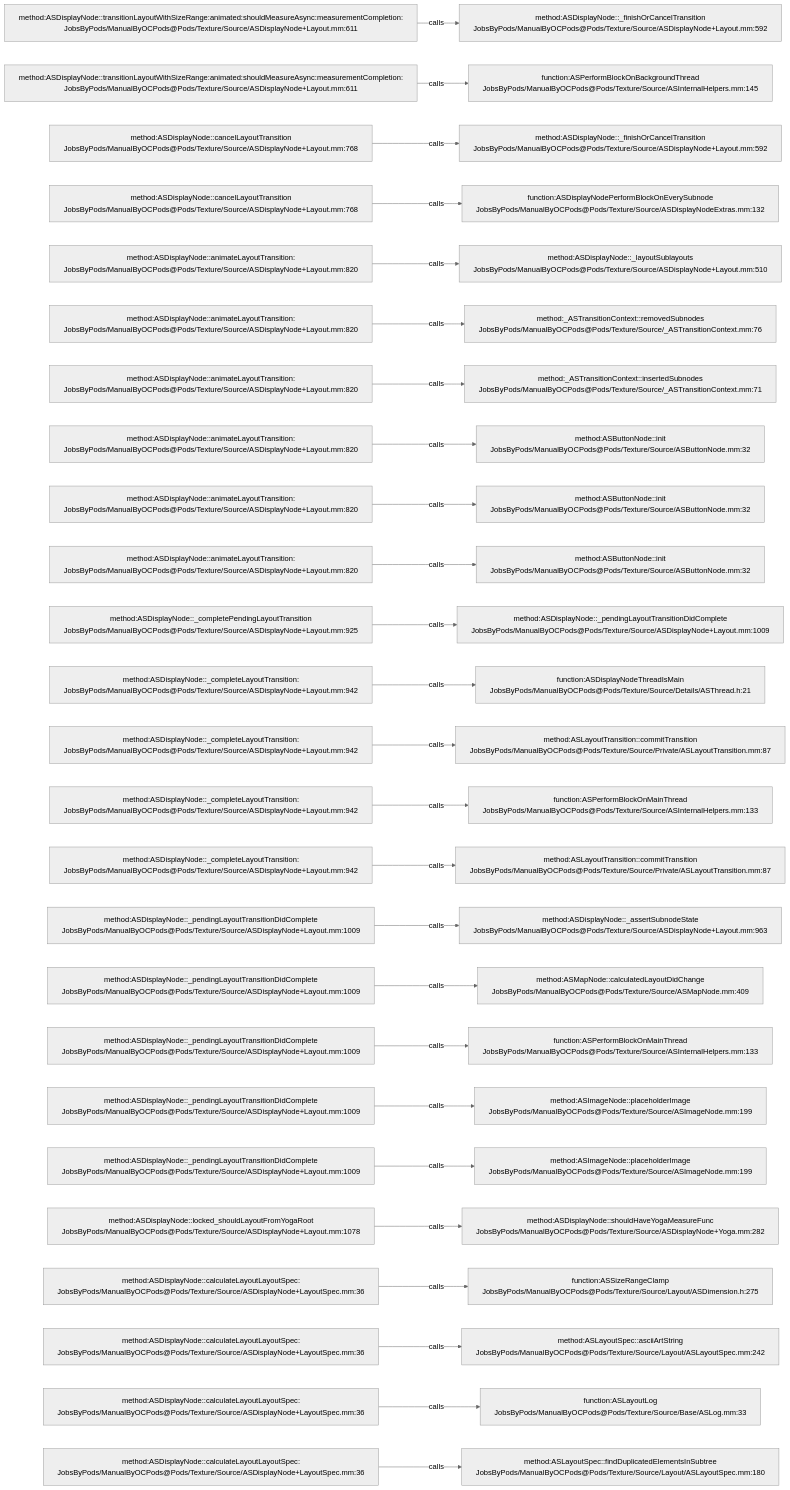
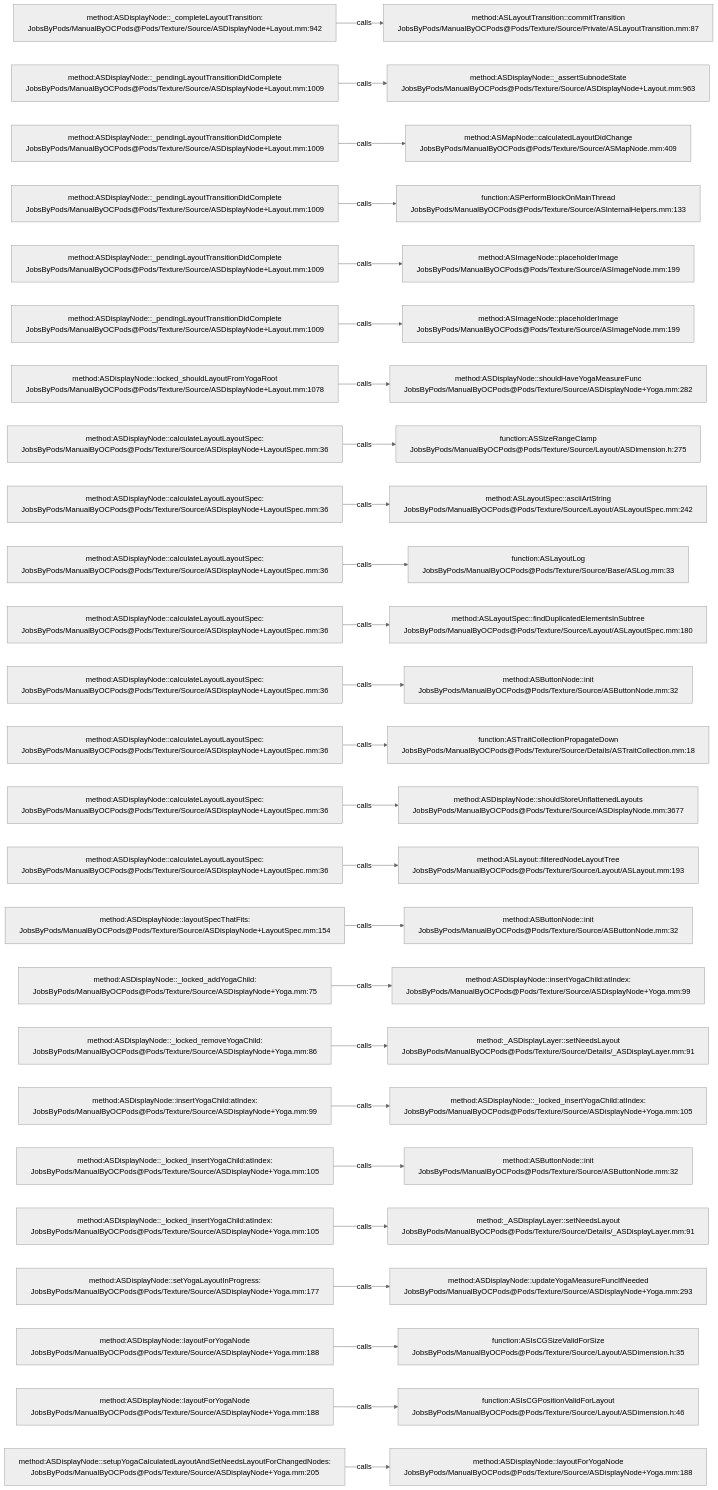
Before and after one commit to JobsKits/JobsOCBaseConfigDemo: the diagram in .codegraph/codegraph.md/graphs/calls-095.md, drawn with Mermaid (neutral theme). The commit also changed 296 other files, not shown here.

````diff
--- a/.codegraph/codegraph.md/graphs/calls-095.md
+++ b/.codegraph/codegraph.md/graphs/calls-095.md
@@ -13,78 +13,78 @@
 ```mermaid
 flowchart LR
-  S1["method:ASDisplayNode::transitionLayoutWithSizeRange:animated:shouldMeasureAsync:measurementCompletion:<br/>JobsByPods/ManualByOCPods@Pods/Texture/Source/ASDisplayNode+Layout.mm:611"]
-  T1["method:ASDisplayNode::_finishOrCancelTransition<br/>JobsByPods/ManualByOCPods@Pods/Texture/Source/ASDisplayNode+Layout.mm:592"]
+  S1["method:ASDisplayNode::_completeLayoutTransition:<br/>JobsByPods/ManualByOCPods@Pods/Texture/Source/ASDisplayNode+Layout.mm:942"]
+  T1["method:ASLayoutTransition::commitTransition<br/>JobsByPods/ManualByOCPods@Pods/Texture/Source/Private/ASLayoutTransition.mm:87"]
   S1 -->|calls| T1
-  S2["method:ASDisplayNode::transitionLayoutWithSizeRange:animated:shouldMeasureAsync:measurementCompletion:<br/>JobsByPods/ManualByOCPods@Pods/Texture/Source/ASDisplayNode+Layout.mm:611"]
-  T2["function:ASPerformBlockOnBackgroundThread<br/>JobsByPods/ManualByOCPods@Pods/Texture/Source/ASInternalHelpers.mm:145"]
+  S2["method:ASDisplayNode::_pendingLayoutTransitionDidComplete<br/>JobsByPods/ManualByOCPods@Pods/Texture/Source/ASDisplayNode+Layout.mm:1009"]
+  T2["method:ASDisplayNode::_assertSubnodeState<br/>JobsByPods/ManualByOCPods@Pods/Texture/Source/ASDisplayNode+Layout.mm:963"]
   S2 -->|calls| T2
-  S3["method:ASDisplayNode::cancelLayoutTransition<br/>JobsByPods/ManualByOCPods@Pods/Texture/Source/ASDisplayNode+Layout.mm:768"]
-  T3["method:ASDisplayNode::_finishOrCancelTransition<br/>JobsByPods/ManualByOCPods@Pods/Texture/Source/ASDisplayNode+Layout.mm:592"]
+  S3["method:ASDisplayNode::_pendingLayoutTransitionDidComplete<br/>JobsByPods/ManualByOCPods@Pods/Texture/Source/ASDisplayNode+Layout.mm:1009"]
+  T3["method:ASMapNode::calculatedLayoutDidChange<br/>JobsByPods/ManualByOCPods@Pods/Texture/Source/ASMapNode.mm:409"]
   S3 -->|calls| T3
-  S4["method:ASDisplayNode::cancelLayoutTransition<br/>JobsByPods/ManualByOCPods@Pods/Texture/Source/ASDisplayNode+Layout.mm:768"]
-  T4["function:ASDisplayNodePerformBlockOnEverySubnode<br/>JobsByPods/ManualByOCPods@Pods/Texture/Source/ASDisplayNodeExtras.mm:132"]
+  S4["method:ASDisplayNode::_pendingLayoutTransitionDidComplete<br/>JobsByPods/ManualByOCPods@Pods/Texture/Source/ASDisplayNode+Layout.mm:1009"]
+  T4["function:ASPerformBlockOnMainThread<br/>JobsByPods/ManualByOCPods@Pods/Texture/Source/ASInternalHelpers.mm:133"]
   S4 -->|calls| T4
-  S5["method:ASDisplayNode::animateLayoutTransition:<br/>JobsByPods/ManualByOCPods@Pods/Texture/Source/ASDisplayNode+Layout.mm:820"]
-  T5["method:ASDisplayNode::_layoutSublayouts<br/>JobsByPods/ManualByOCPods@Pods/Texture/Source/ASDisplayNode+Layout.mm:510"]
+  S5["method:ASDisplayNode::_pendingLayoutTransitionDidComplete<br/>JobsByPods/ManualByOCPods@Pods/Texture/Source/ASDisplayNode+Layout.mm:1009"]
+  T5["method:ASImageNode::placeholderImage<br/>JobsByPods/ManualByOCPods@Pods/Texture/Source/ASImageNode.mm:199"]
   S5 -->|calls| T5
-  S6["method:ASDisplayNode::animateLayoutTransition:<br/>JobsByPods/ManualByOCPods@Pods/Texture/Source/ASDisplayNode+Layout.mm:820"]
-  T6["method:_ASTransitionContext::removedSubnodes<br/>JobsByPods/ManualByOCPods@Pods/Texture/Source/_ASTransitionContext.mm:76"]
+  S6["method:ASDisplayNode::_pendingLayoutTransitionDidComplete<br/>JobsByPods/ManualByOCPods@Pods/Texture/Source/ASDisplayNode+Layout.mm:1009"]
+  T6["method:ASImageNode::placeholderImage<br/>JobsByPods/ManualByOCPods@Pods/Texture/Source/ASImageNode.mm:199"]
   S6 -->|calls| T6
-  S7["method:ASDisplayNode::animateLayoutTransition:<br/>JobsByPods/ManualByOCPods@Pods/Texture/Source/ASDisplayNode+Layout.mm:820"]
-  T7["method:_ASTransitionContext::insertedSubnodes<br/>JobsByPods/ManualByOCPods@Pods/Texture/Source/_ASTransitionContext.mm:71"]
+  S7["method:ASDisplayNode::locked_shouldLayoutFromYogaRoot<br/>JobsByPods/ManualByOCPods@Pods/Texture/Source/ASDisplayNode+Layout.mm:1078"]
+  T7["method:ASDisplayNode::shouldHaveYogaMeasureFunc<br/>JobsByPods/ManualByOCPods@Pods/Texture/Source/ASDisplayNode+Yoga.mm:282"]
   S7 -->|calls| T7
-  S8["method:ASDisplayNode::animateLayoutTransition:<br/>JobsByPods/ManualByOCPods@Pods/Texture/Source/ASDisplayNode+Layout.mm:820"]
-  T8["method:ASButtonNode::init<br/>JobsByPods/ManualByOCPods@Pods/Texture/Source/ASButtonNode.mm:32"]
+  S8["method:ASDisplayNode::calculateLayoutLayoutSpec:<br/>JobsByPods/ManualByOCPods@Pods/Texture/Source/ASDisplayNode+LayoutSpec.mm:36"]
+  T8["function:ASSizeRangeClamp<br/>JobsByPods/ManualByOCPods@Pods/Texture/Source/Layout/ASDimension.h:275"]
   S8 -->|calls| T8
-  S9["method:ASDisplayNode::animateLayoutTransition:<br/>JobsByPods/ManualByOCPods@Pods/Texture/Source/ASDisplayNode+Layout.mm:820"]
-  T9["method:ASButtonNode::init<br/>JobsByPods/ManualByOCPods@Pods/Texture/Source/ASButtonNode.mm:32"]
+  S9["method:ASDisplayNode::calculateLayoutLayoutSpec:<br/>JobsByPods/ManualByOCPods@Pods/Texture/Source/ASDisplayNode+LayoutSpec.mm:36"]
+  T9["method:ASLayoutSpec::asciiArtString<br/>JobsByPods/ManualByOCPods@Pods/Texture/Source/Layout/ASLayoutSpec.mm:242"]
   S9 -->|calls| T9
-  S10["method:ASDisplayNode::animateLayoutTransition:<br/>JobsByPods/ManualByOCPods@Pods/Texture/Source/ASDisplayNode+Layout.mm:820"]
-  T10["method:ASButtonNode::init<br/>JobsByPods/ManualByOCPods@Pods/Texture/Source/ASButtonNode.mm:32"]
+  S10["method:ASDisplayNode::calculateLayoutLayoutSpec:<br/>JobsByPods/ManualByOCPods@Pods/Texture/Source/ASDisplayNode+LayoutSpec.mm:36"]
+  T10["function:ASLayoutLog<br/>JobsByPods/ManualByOCPods@Pods/Texture/Source/Base/ASLog.mm:33"]
   S10 -->|calls| T10
-  S11["method:ASDisplayNode::_completePendingLayoutTransition<br/>JobsByPods/ManualByOCPods@Pods/Texture/Source/ASDisplayNode+Layout.mm:925"]
-  T11["method:ASDisplayNode::_pendingLayoutTransitionDidComplete<br/>JobsByPods/ManualByOCPods@Pods/Texture/Source/ASDisplayNode+Layout.mm:1009"]
+  S11["method:ASDisplayNode::calculateLayoutLayoutSpec:<br/>JobsByPods/ManualByOCPods@Pods/Texture/Source/ASDisplayNode+LayoutSpec.mm:36"]
+  T11["method:ASLayoutSpec::findDuplicatedElementsInSubtree<br/>JobsByPods/ManualByOCPods@Pods/Texture/Source/Layout/ASLayoutSpec.mm:180"]
   S11 -->|calls| T11
-  S12["method:ASDisplayNode::_completeLayoutTransition:<br/>JobsByPods/ManualByOCPods@Pods/Texture/Source/ASDisplayNode+Layout.mm:942"]
-  T12["function:ASDisplayNodeThreadIsMain<br/>JobsByPods/ManualByOCPods@Pods/Texture/Source/Details/ASThread.h:21"]
+  S12["method:ASDisplayNode::calculateLayoutLayoutSpec:<br/>JobsByPods/ManualByOCPods@Pods/Texture/Source/ASDisplayNode+LayoutSpec.mm:36"]
+  T12["method:ASButtonNode::init<br/>JobsByPods/ManualByOCPods@Pods/Texture/Source/ASButtonNode.mm:32"]
   S12 -->|calls| T12
-  S13["method:ASDisplayNode::_completeLayoutTransition:<br/>JobsByPods/ManualByOCPods@Pods/Texture/Source/ASDisplayNode+Layout.mm:942"]
-  T13["method:ASLayoutTransition::commitTransition<br/>JobsByPods/ManualByOCPods@Pods/Texture/Source/Private/ASLayoutTransition.mm:87"]
+  S13["method:ASDisplayNode::calculateLayoutLayoutSpec:<br/>JobsByPods/ManualByOCPods@Pods/Texture/Source/ASDisplayNode+LayoutSpec.mm:36"]
+  T13["function:ASTraitCollectionPropagateDown<br/>JobsByPods/ManualByOCPods@Pods/Texture/Source/Details/ASTraitCollection.mm:18"]
   S13 -->|calls| T13
-  S14["method:ASDisplayNode::_completeLayoutTransition:<br/>JobsByPods/ManualByOCPods@Pods/Texture/Source/ASDisplayNode+Layout.mm:942"]
-  T14["function:ASPerformBlockOnMainThread<br/>JobsByPods/ManualByOCPods@Pods/Texture/Source/ASInternalHelpers.mm:133"]
+  S14["method:ASDisplayNode::calculateLayoutLayoutSpec:<br/>JobsByPods/ManualByOCPods@Pods/Texture/Source/ASDisplayNode+LayoutSpec.mm:36"]
+  T14["method:ASDisplayNode::shouldStoreUnflattenedLayouts<br/>JobsByPods/ManualByOCPods@Pods/Texture/Source/ASDisplayNode.mm:3677"]
   S14 -->|calls| T14
-  S15["method:ASDisplayNode::_completeLayoutTransition:<br/>JobsByPods/ManualByOCPods@Pods/Texture/Source/ASDisplayNode+Layout.mm:942"]
-  T15["method:ASLayoutTransition::commitTransition<br/>JobsByPods/ManualByOCPods@Pods/Texture/Source/Private/ASLayoutTransition.mm:87"]
+  S15["method:ASDisplayNode::calculateLayoutLayoutSpec:<br/>JobsByPods/ManualByOCPods@Pods/Texture/Source/ASDisplayNode+LayoutSpec.mm:36"]
+  T15["method:ASLayout::filteredNodeLayoutTree<br/>JobsByPods/ManualByOCPods@Pods/Texture/Source/Layout/ASLayout.mm:193"]
   S15 -->|calls| T15
-  S16["method:ASDisplayNode::_pendingLayoutTransitionDidComplete<br/>JobsByPods/ManualByOCPods@Pods/Texture/Source/ASDisplayNode+Layout.mm:1009"]
-  T16["method:ASDisplayNode::_assertSubnodeState<br/>JobsByPods/ManualByOCPods@Pods/Texture/Source/ASDisplayNode+Layout.mm:963"]
+  S16["method:ASDisplayNode::layoutSpecThatFits:<br/>JobsByPods/ManualByOCPods@Pods/Texture/Source/ASDisplayNode+LayoutSpec.mm:154"]
+  T16["method:ASButtonNode::init<br/>JobsByPods/ManualByOCPods@Pods/Texture/Source/ASButtonNode.mm:32"]
   S16 -->|calls| T16
-  S17["method:ASDisplayNode::_pendingLayoutTransitionDidComplete<br/>JobsByPods/ManualByOCPods@Pods/Texture/Source/ASDisplayNode+Layout.mm:1009"]
-  T17["method:ASMapNode::calculatedLayoutDidChange<br/>JobsByPods/ManualByOCPods@Pods/Texture/Source/ASMapNode.mm:409"]
+  S17["method:ASDisplayNode::_locked_addYogaChild:<br/>JobsByPods/ManualByOCPods@Pods/Texture/Source/ASDisplayNode+Yoga.mm:75"]
+  T17["method:ASDisplayNode::insertYogaChild:atIndex:<br/>JobsByPods/ManualByOCPods@Pods/Texture/Source/ASDisplayNode+Yoga.mm:99"]
   S17 -->|calls| T17
-  S18["method:ASDisplayNode::_pendingLayoutTransitionDidComplete<br/>JobsByPods/ManualByOCPods@Pods/Texture/Source/ASDisplayNode+Layout.mm:1009"]
-  T18["function:ASPerformBlockOnMainThread<br/>JobsByPods/ManualByOCPods@Pods/Texture/Source/ASInternalHelpers.mm:133"]
+  S18["method:ASDisplayNode::_locked_removeYogaChild:<br/>JobsByPods/ManualByOCPods@Pods/Texture/Source/ASDisplayNode+Yoga.mm:86"]
+  T18["method:_ASDisplayLayer::setNeedsLayout<br/>JobsByPods/ManualByOCPods@Pods/Texture/Source/Details/_ASDisplayLayer.mm:91"]
   S18 -->|calls| T18
-  S19["method:ASDisplayNode::_pendingLayoutTransitionDidComplete<br/>JobsByPods/ManualByOCPods@Pods/Texture/Source/ASDisplayNode+Layout.mm:1009"]
-  T19["method:ASImageNode::placeholderImage<br/>JobsByPods/ManualByOCPods@Pods/Texture/Source/ASImageNode.mm:199"]
+  S19["method:ASDisplayNode::insertYogaChild:atIndex:<br/>JobsByPods/ManualByOCPods@Pods/Texture/Source/ASDisplayNode+Yoga.mm:99"]
+  T19["method:ASDisplayNode::_locked_insertYogaChild:atIndex:<br/>JobsByPods/ManualByOCPods@Pods/Texture/Source/ASDisplayNode+Yoga.mm:105"]
   S19 -->|calls| T19
-  S20["method:ASDisplayNode::_pendingLayoutTransitionDidComplete<br/>JobsByPods/ManualByOCPods@Pods/Texture/Source/ASDisplayNode+Layout.mm:1009"]
-  T20["method:ASImageNode::placeholderImage<br/>JobsByPods/ManualByOCPods@Pods/Texture/Source/ASImageNode.mm:199"]
+  S20["method:ASDisplayNode::_locked_insertYogaChild:atIndex:<br/>JobsByPods/ManualByOCPods@Pods/Texture/Source/ASDisplayNode+Yoga.mm:105"]
+  T20["method:ASButtonNode::init<br/>JobsByPods/ManualByOCPods@Pods/Texture/Source/ASButtonNode.mm:32"]
   S20 -->|calls| T20
-  S21["method:ASDisplayNode::locked_shouldLayoutFromYogaRoot<br/>JobsByPods/ManualByOCPods@Pods/Texture/Source/ASDisplayNode+Layout.mm:1078"]
-  T21["method:ASDisplayNode::shouldHaveYogaMeasureFunc<br/>JobsByPods/ManualByOCPods@Pods/Texture/Source/ASDisplayNode+Yoga.mm:282"]
+  S21["method:ASDisplayNode::_locked_insertYogaChild:atIndex:<br/>JobsByPods/ManualByOCPods@Pods/Texture/Source/ASDisplayNode+Yoga.mm:105"]
+  T21["method:_ASDisplayLayer::setNeedsLayout<br/>JobsByPods/ManualByOCPods@Pods/Texture/Source/Details/_ASDisplayLayer.mm:91"]
   S21 -->|calls| T21
-  S22["method:ASDisplayNode::calculateLayoutLayoutSpec:<br/>JobsByPods/ManualByOCPods@Pods/Texture/Source/ASDisplayNode+LayoutSpec.mm:36"]
-  T22["function:ASSizeRangeClamp<br/>JobsByPods/ManualByOCPods@Pods/Texture/Source/Layout/ASDimension.h:275"]
+  S22["method:ASDisplayNode::setYogaLayoutInProgress:<br/>JobsByPods/ManualByOCPods@Pods/Texture/Source/ASDisplayNode+Yoga.mm:177"]
+  T22["method:ASDisplayNode::updateYogaMeasureFuncIfNeeded<br/>JobsByPods/ManualByOCPods@Pods/Texture/Source/ASDisplayNode+Yoga.mm:293"]
   S22 -->|calls| T22
-  S23["method:ASDisplayNode::calculateLayoutLayoutSpec:<br/>JobsByPods/ManualByOCPods@Pods/Texture/Source/ASDisplayNode+LayoutSpec.mm:36"]
-  T23["method:ASLayoutSpec::asciiArtString<br/>JobsByPods/ManualByOCPods@Pods/Texture/Source/Layout/ASLayoutSpec.mm:242"]
+  S23["method:ASDisplayNode::layoutForYogaNode<br/>JobsByPods/ManualByOCPods@Pods/Texture/Source/ASDisplayNode+Yoga.mm:188"]
+  T23["function:ASIsCGSizeValidForSize<br/>JobsByPods/ManualByOCPods@Pods/Texture/Source/Layout/ASDimension.h:35"]
   S23 -->|calls| T23
-  S24["method:ASDisplayNode::calculateLayoutLayoutSpec:<br/>JobsByPods/ManualByOCPods@Pods/Texture/Source/ASDisplayNode+LayoutSpec.mm:36"]
-  T24["function:ASLayoutLog<br/>JobsByPods/ManualByOCPods@Pods/Texture/Source/Base/ASLog.mm:33"]
+  S24["method:ASDisplayNode::layoutForYogaNode<br/>JobsByPods/ManualByOCPods@Pods/Texture/Source/ASDisplayNode+Yoga.mm:188"]
+  T24["function:ASIsCGPositionValidForLayout<br/>JobsByPods/ManualByOCPods@Pods/Texture/Source/Layout/ASDimension.h:46"]
   S24 -->|calls| T24
-  S25["method:ASDisplayNode::calculateLayoutLayoutSpec:<br/>JobsByPods/ManualByOCPods@Pods/Texture/Source/ASDisplayNode+LayoutSpec.mm:36"]
-  T25["method:ASLayoutSpec::findDuplicatedElementsInSubtree<br/>JobsByPods/ManualByOCPods@Pods/Texture/Source/Layout/ASLayoutSpec.mm:180"]
+  S25["method:ASDisplayNode::setupYogaCalculatedLayoutAndSetNeedsLayoutForChangedNodes:<br/>JobsByPods/ManualByOCPods@Pods/Texture/Source/ASDisplayNode+Yoga.mm:205"]
+  T25["method:ASDisplayNode::layoutForYogaNode<br/>JobsByPods/ManualByOCPods@Pods/Texture/Source/ASDisplayNode+Yoga.mm:188"]
   S25 -->|calls| T25
 ```
````
